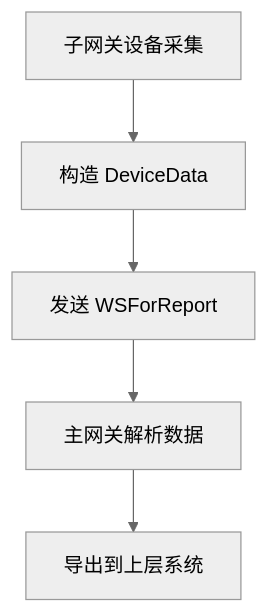
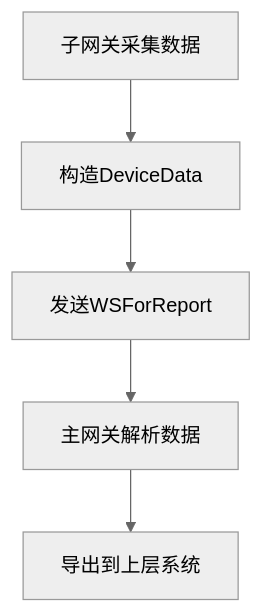
Before and after one commit to ibuilding-X/driver-box: the sixth of 11 diagrams in pages/src/content/docs/exports/gateway.mdx, drawn with Mermaid (neutral theme). The commit also changed other lines of this file and 6 other files, not shown here.

````diff
--- a/pages/src/content/docs/exports/gateway.mdx
+++ b/pages/src/content/docs/exports/gateway.mdx
@@ -137,7 +219,7 @@
 ```mermaid
 graph TD
-    A[子网关设备采集] --> B[构造 DeviceData]
-    B --> C[发送 WSForReport]
+    A[子网关采集数据] --> B[构造DeviceData]
+    B --> C[发送WSForReport]
     C --> D[主网关解析数据]
     D --> E[导出到上层系统]
 ```
````
